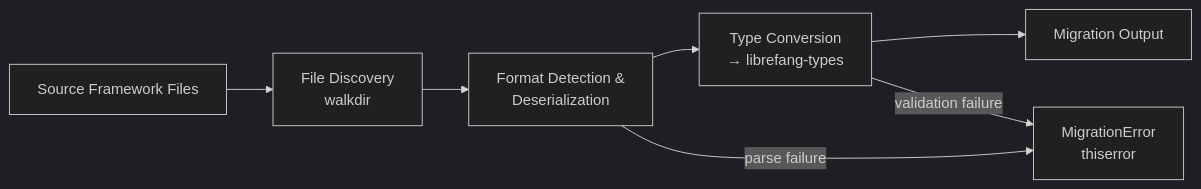
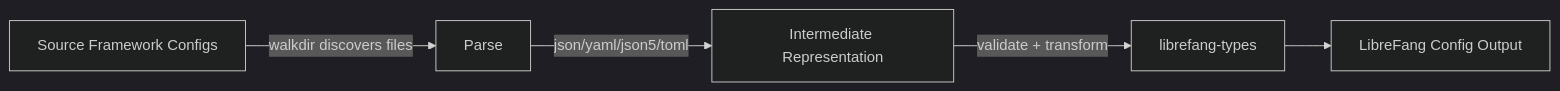
The diagram in other-librefang-migrate.md (leszek3737/librefang-WIki), drawn with Mermaid (dark theme) before and after one commit. The commit also changed other lines of this file and 70 other files, not shown here.

````diff
--- a/other-librefang-migrate.md
+++ b/other-librefang-migrate.md
@@ -36,9 +33,7 @@
 ```mermaid
 flowchart LR
-    A[Source Framework Files] --> B[File Discovery<br/>walkdir]
-    B --> C[Format Detection &<br/>Deserialization]
-    C --> D[Type Conversion<br/>→ librefang-types]
-    D --> E[Migration Output]
-    C -->|parse failure| F[MigrationError<br/>thiserror]
-    D -->|validation failure| F
+    A[Source Framework Configs] -->|walkdir discovers files| B[Parse]
+    B -->|json/yaml/json5/toml| C[Intermediate Representation]
+    C -->|validate + transform| D[librefang-types]
+    D --> E[LibreFang Config Output]
 ```
````
